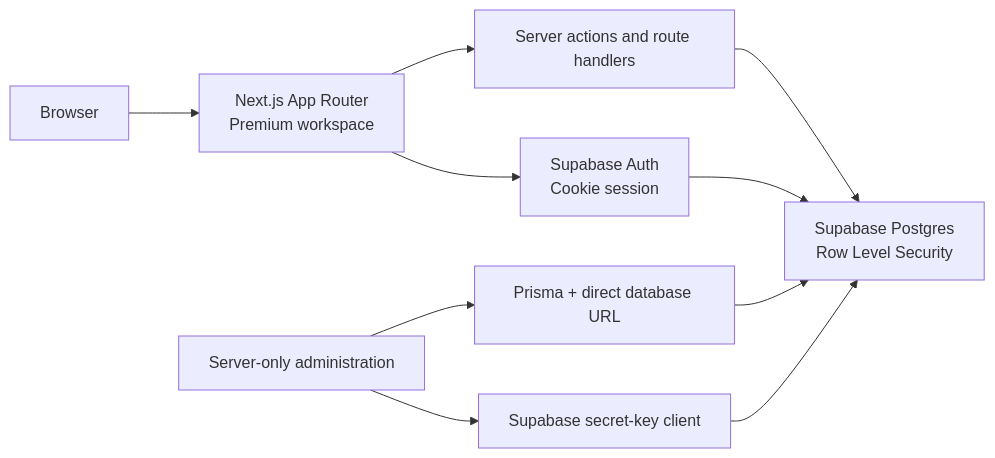
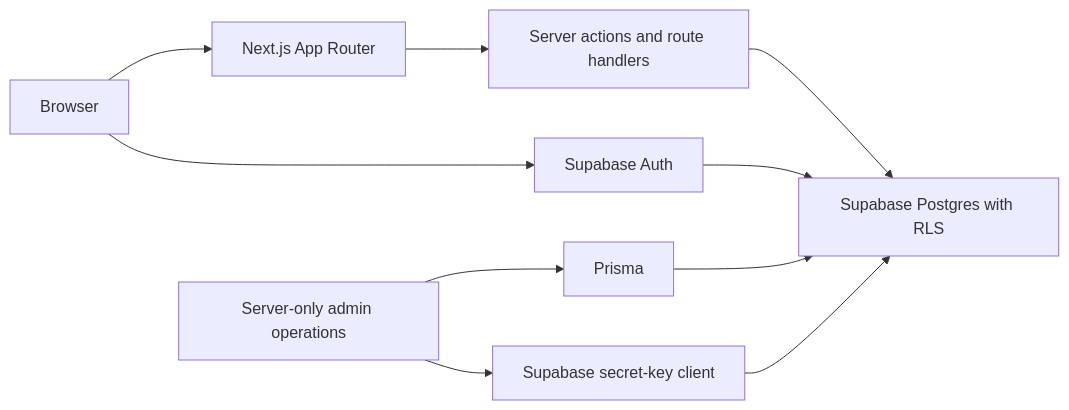
One commit to pokharelsandeep333-commits/ShiftSentry changed the first of 2 diagrams in README.md. Above: the diagram before and after it, drawn with Mermaid. The commit also changed other lines of this file and 1 other file, not shown here.

````diff
--- a/README.md
+++ b/README.md
@@ -51,12 +45,12 @@
-```mermaid
+~~~mermaid
 flowchart LR
-  User[Browser] --> UI[Next.js App Router\nPremium workspace]
-  UI --> Actions[Server actions and route handlers]
-  UI --> Auth[Supabase Auth\nCookie session]
-  Actions --> RLS[Supabase Postgres\nRow Level Security]
-  Auth --> RLS
-  Admin[Server-only administration] --> Prisma[Prisma + direct database URL]
-  Admin --> Secret[Supabase secret-key client]
-  Prisma --> RLS
-  Secret --> RLS
-```
+  Browser[Browser] --> Next[Next.js App Router]
+  Next --> Actions[Server actions and route handlers]
+  Browser --> Auth[Supabase Auth]
+  Actions --> Database[Supabase Postgres with RLS]
+  Auth --> Database
+  Admin[Server-only admin operations] --> Prisma[Prisma]
+  Admin --> SecretClient[Supabase secret-key client]
+  Prisma --> Database
+  SecretClient --> Database
+~~~
````
